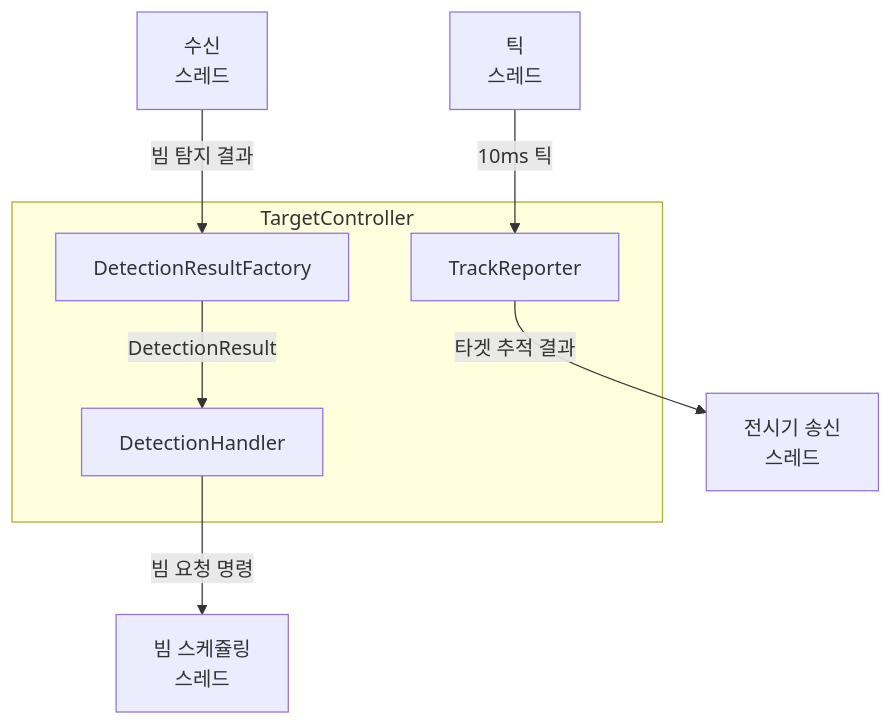
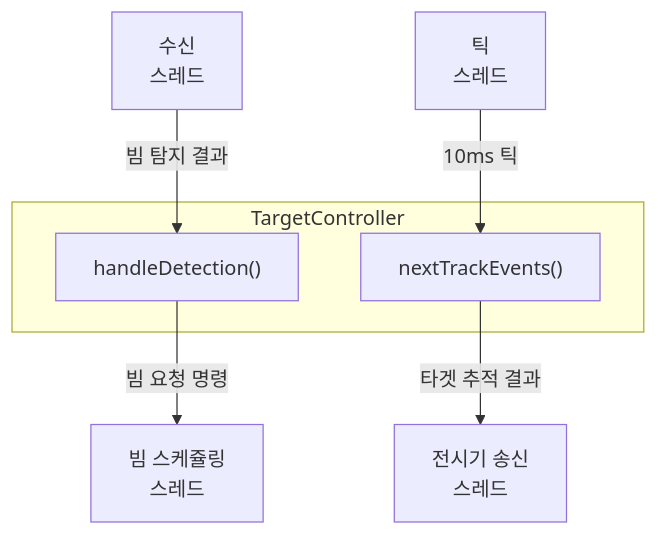
One commit to AESAlien/aesa-processor changed the first of 4 diagrams in src/target/README.md. Above: the diagram before and after it, drawn with Mermaid. The commit also changed other lines of this file and 2 other files, not shown here.

First line of the commit message:
docs: 빔, 타겟, 통신 모듈 README 다이어그램 정비

````diff
--- a/src/target/README.md
+++ b/src/target/README.md
@@ -5,19 +5,17 @@
 ```mermaid
 flowchart TB
     CommReceiveWorker[수신<br/>스레드]
     TickWorker[틱<br/>스레드]
     BeamWorker[빔 스케쥴링<br/>스레드]
     ConsoleSendWorker[전시기 송신<br/>스레드]
 
     subgraph TargetController
-        DetectionResultFactory
-        DetectionHandler
-        TrackReporter
+        handleDetection["handleDetection()"]
+        nextTrackEvents["nextTrackEvents()"]
     end
 
-    CommReceiveWorker -->|빔 탐지 결과| DetectionResultFactory
-    DetectionResultFactory -->|DetectionResult| DetectionHandler
-    DetectionHandler -->|빔 요청 명령| BeamWorker
-    TickWorker -->|10ms 틱| TrackReporter
-    TrackReporter -->|타겟 추적 결과| ConsoleSendWorker
+    CommReceiveWorker -->|빔 탐지 결과| handleDetection
+    handleDetection -->|빔 요청 명령| BeamWorker
+    TickWorker -->|10ms 틱| nextTrackEvents
+    nextTrackEvents -->|타겟 추적 결과| ConsoleSendWorker
 ```
````
